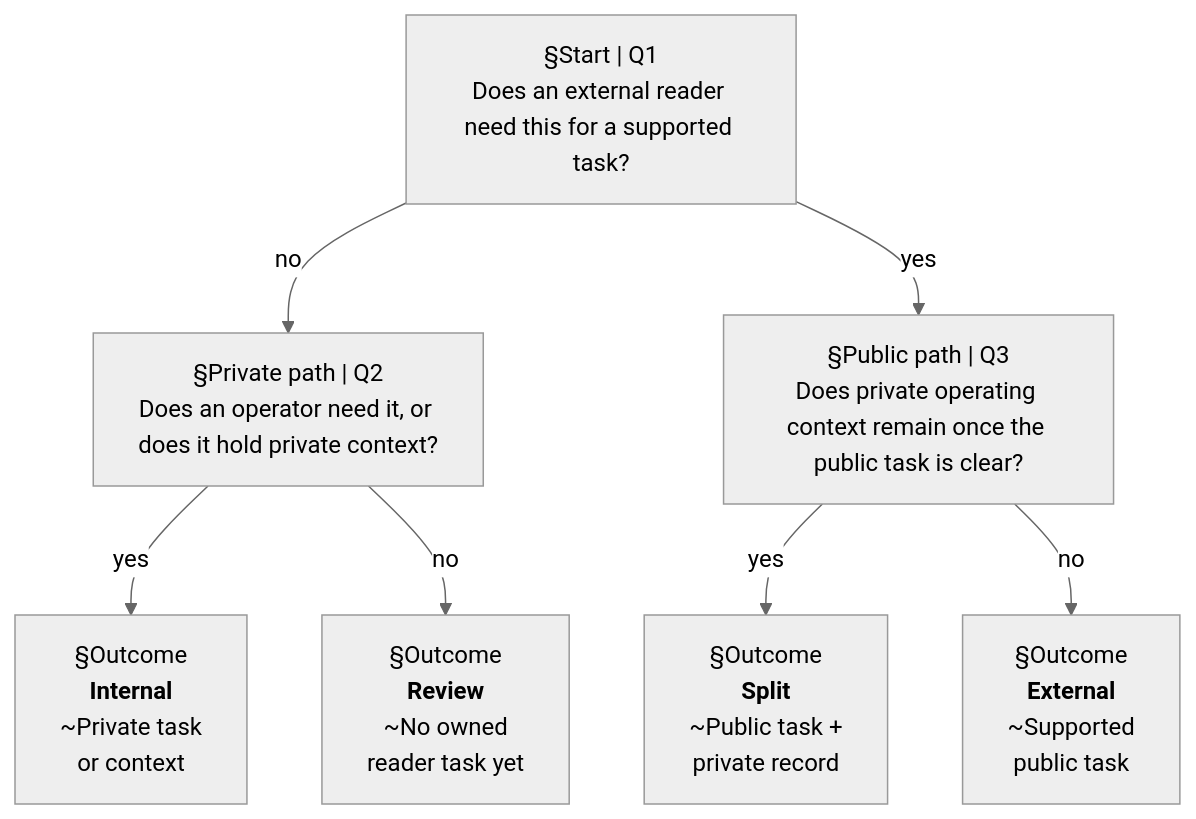
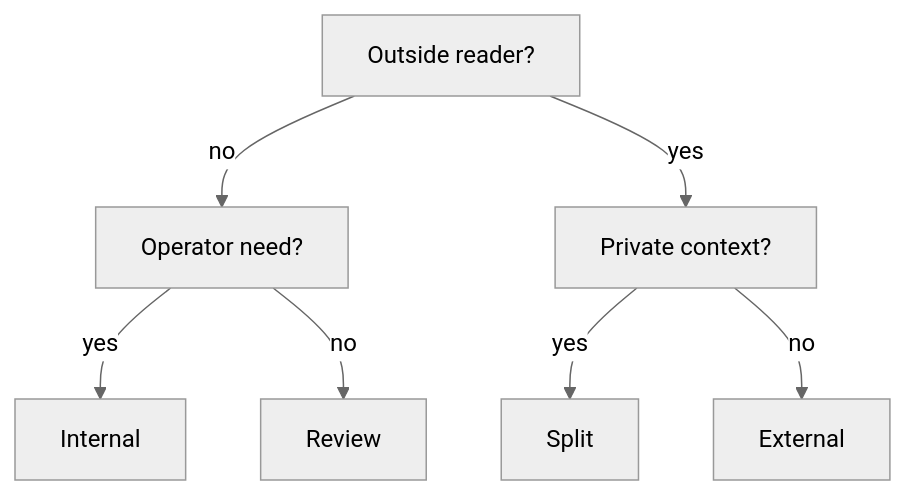
The diagram in content/diagrams/internal-vs-external-docs/documentation-placement.mmd (ninadpathak/ninadpathak), drawn with Mermaid (neutral theme) before and after one commit. The commit also changed 64 other files, not shown here.

```diff
--- a/content/diagrams/internal-vs-external-docs/documentation-placement.mmd
+++ b/content/diagrams/internal-vs-external-docs/documentation-placement.mmd
@@ -1,39 +1,28 @@
 %% @fig 01
 %% @kicker Documentation placement
-%% @alt Documentation placement decision tree. If no external reader needs the information, keep it internal when an operator needs it or contains private context, otherwise review whether the page has a task. If an external reader needs it, split it into a public task page and a private record when private context remains, otherwise publish it externally.
+%% @alt Documentation placement decision tree. If no external reader needs the information, keep it internal when an operator needs it or it holds private context; otherwise review whether the page has a task. If an external reader needs it, split it into a public task page and a private record when private context remains; otherwise publish it externally.
 %% @caption Each path ends in internal, review, split, or external documentation. A split is two documents with one contract between them, not a redacted internal page.
 %% @path reader>public>split
-%% @dim internal | review | Private readers
-%% @dim split | external | Public readers
-%% @detail split | Split documentation | Public: customer task + contract; Private: operating detail; Owners: one per side; Update: when the two disagree
-%% @detail external | External documentation | Reader: customer, partner, developer; Task: evaluate, integrate, recover; Update: interface or limit change
-%% @legend accent=Decision; outcome=Destination; hot=Both readers
+%% @glyph reader | reader globe
+%% @glyph private | reader lock
+%% @glyph public | doc lock
+%% @glyph internal | doc lock
+%% @glyph review | doc question
+%% @glyph split | pair
+%% @glyph external | doc globe
+%% @dim internal | review | :lock
+%% @dim split | external | :globe
 flowchart TB
-  reader["§Start | Q1
-Does an external reader need this for a supported task?"]:::accent
-  private["§Private path | Q2
-Does an operator need it, or does it hold private context?"]
-  public["§Public path | Q3
-Does private operating context remain once the public task is clear?"]:::accent
-  internal["`§Outcome
-**Internal**
-~Private task
-or context`"]:::outcome
-  review["`§Outcome
-**Review**
-~No owned
-reader task yet`"]:::outcome
-  split["`§Outcome
-**Split**
-~Public task +
-private record`"]:::outcome
-  external["`§Outcome
-**External**
-~Supported
-public task`"]:::outcome
+  reader["Outside reader?"]:::accent
+  private["Operator need?"]
+  public["Private context?"]:::accent
+  internal["Internal"]
+  review["Review"]
+  split["Split"]:::focal
+  external["External"]
   reader -->|no| private
   reader -->|yes| public
   private -->|yes| internal
   private -->|no| review
   public -->|yes| split
   public -->|no| external
```
